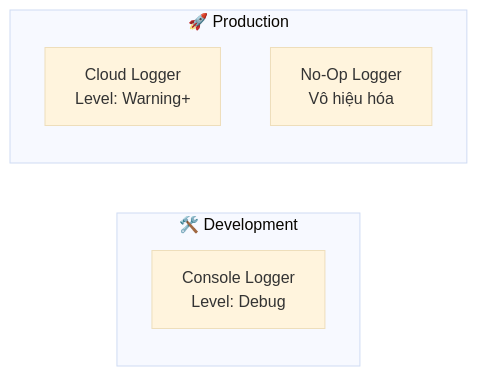
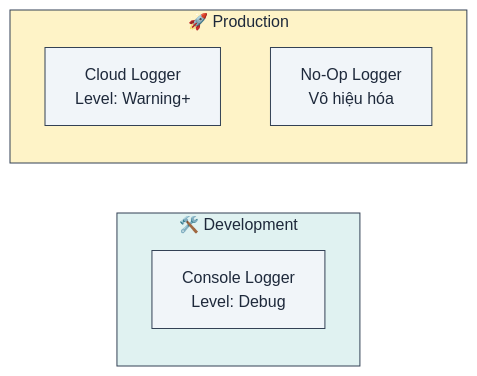
Diagram 13 of 16 in book/vi/chapters/05_advanced_patterns.md (lploc94/flutter_orchestrator), drawn with Mermaid (base theme) before and after one commit. The commit also changed other lines of this file and 4 other files, not shown here.

````diff
--- a/book/vi/chapters/05_advanced_patterns.md
+++ b/book/vi/chapters/05_advanced_patterns.md
@@ -306,11 +364,17 @@
 ```mermaid
 flowchart LR
     subgraph Development["🛠️ Development"]
         ConsoleLogger["Console Logger<br/>Level: Debug"]
     end
     
     subgraph Production["🚀 Production"]
         CloudLogger["Cloud Logger<br/>Level: Warning+"]
         NoOpLogger["No-Op Logger<br/>Vô hiệu hóa"]
     end
+    
+    style Development fill:#e0f2f1,stroke:#334155,color:#1e293b
+    style Production fill:#fef3c7,stroke:#334155,color:#1e293b
+    style ConsoleLogger fill:#f1f5f9,stroke:#334155,color:#1e293b
+    style CloudLogger fill:#f1f5f9,stroke:#334155,color:#1e293b
+    style NoOpLogger fill:#f1f5f9,stroke:#334155,color:#1e293b
 ```
````
